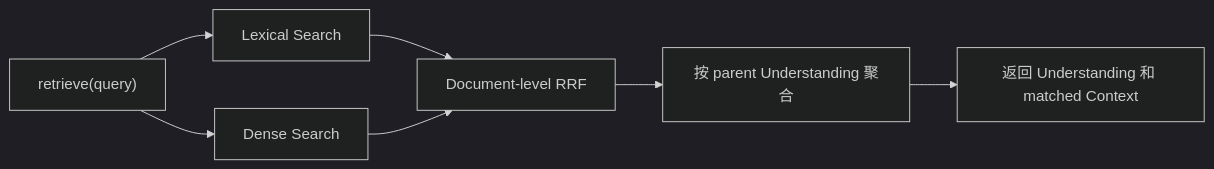
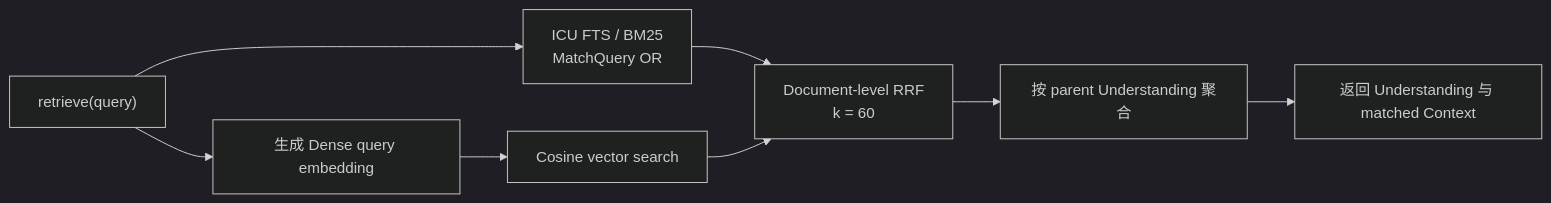
One commit to Floribunda1/reflecta changed the second of 2 diagrams in docs/iterations/v1.1.20/retrieval-index-sync.md. Above: the diagram before and after it, drawn with Mermaid (dark theme). The commit also changed other lines of this file, not shown here.

````diff
--- a/docs/iterations/v1.1.20/retrieval-index-sync.md
+++ b/docs/iterations/v1.1.20/retrieval-index-sync.md
@@ -121,9 +254,10 @@
 ```mermaid
 flowchart LR
-    Q["retrieve(query)"] --> L["Lexical Search"]
-    Q --> D["Dense Search"]
-    L --> R["Document-level RRF"]
+    Q["retrieve(query)"] --> L["ICU FTS / BM25<br/>MatchQuery OR"]
+    Q --> E["生成 Dense query embedding"]
+    E --> D["Cosine vector search"]
+    L --> R["Document-level RRF<br/>k = 60"]
     D --> R
     R --> G["按 parent Understanding 聚合"]
-    G --> O["返回 Understanding 和 matched Context"]
+    G --> O["返回 Understanding 与 matched Context"]
 ```
````
